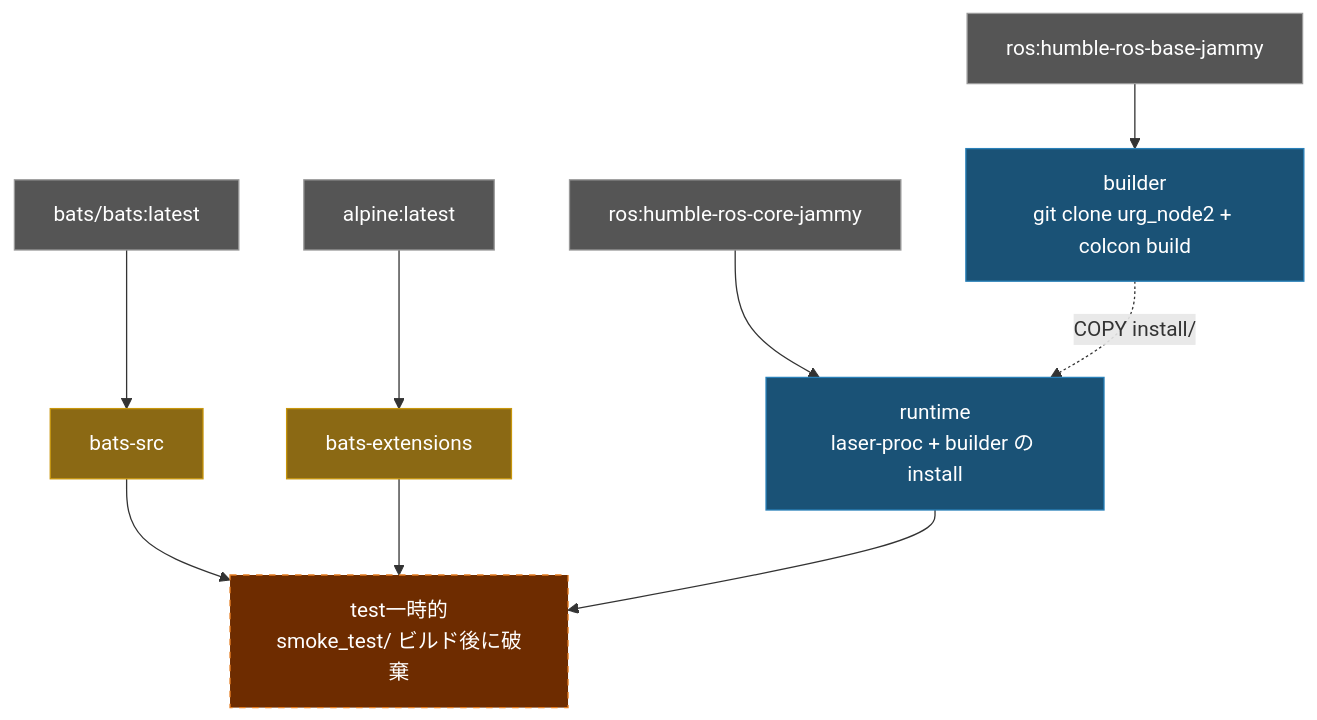
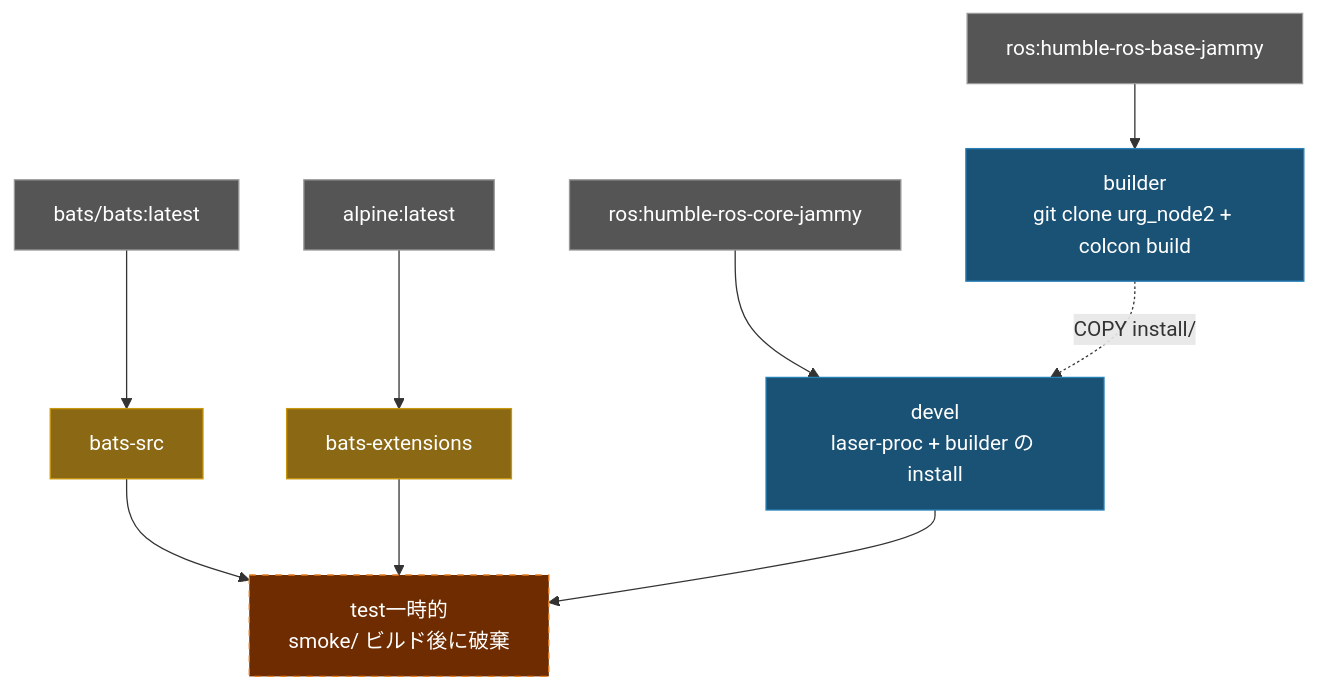
One commit to ycpss91255-docker/urg_node2 changed the diagram in doc/README.ja.md. Above: the diagram before and after it, drawn with Mermaid. The commit also changed other lines of this file and 25 other files, not shown here.

````diff
--- a/doc/README.ja.md
+++ b/doc/README.ja.md
@@ -96,24 +96,24 @@
 ```mermaid
 graph TD
     EXT1["bats/bats:latest"]:::external
     EXT2["alpine:latest"]:::external
     EXT3["ros:humble-ros-base-jammy"]:::external
     EXT4["ros:humble-ros-core-jammy"]:::external
 
     EXT1 --> bats-src["bats-src"]:::tool
     EXT2 --> bats-ext["bats-extensions"]:::tool
 
     EXT3 --> builder["builder\ngit clone urg_node2 + colcon build"]:::stage
 
-    EXT4 --> runtime["runtime\nlaser-proc + builder の install"]:::stage
-    builder -.->|COPY install/| runtime
+    EXT4 --> devel["devel\nlaser-proc + builder の install"]:::stage
+    builder -.->|COPY install/| devel
 
-    bats-src --> test["test一時的\nsmoke_test/ ビルド後に破棄"]:::ephemeral
+    bats-src --> test["test一時的\nsmoke/ ビルド後に破棄"]:::ephemeral
     bats-ext --> test
-    runtime --> test
+    devel --> test
 
     classDef external fill:#555,color:#fff,stroke:#999
     classDef tool fill:#8B6914,color:#fff,stroke:#c8960c
     classDef stage fill:#1a5276,color:#fff,stroke:#2980b9
     classDef ephemeral fill:#6e2c00,color:#fff,stroke:#e67e22,stroke-dasharray:5 5
 ```
````
